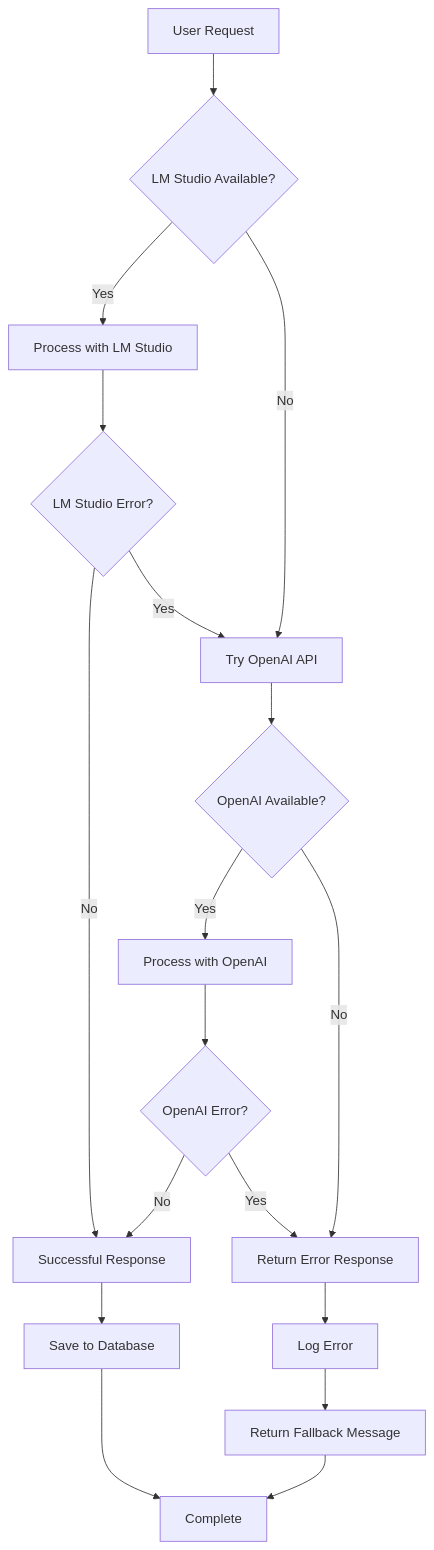
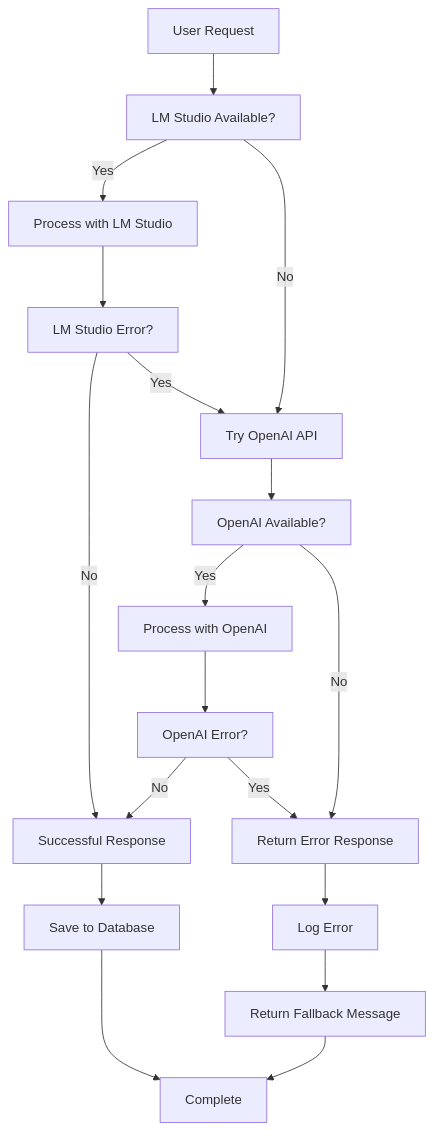
One commit to tcc3281/tcc_log changed diagram 14 of 15 in docs/business-analysis/ai-chatbot-comprehensive.md. Above: the diagram before and after it, drawn with Mermaid. The commit also changed other lines of this file and 9 other files, not shown here.

````diff
--- a/docs/business-analysis/ai-chatbot-comprehensive.md
+++ b/docs/business-analysis/ai-chatbot-comprehensive.md
@@ -643,26 +643,26 @@
 ```mermaid
 flowchart TD
-    Request["User Request"] --> LMStudio{LM Studio Available?}
+    Request["User Request"] --> LMStudio["LM Studio Available?"]
     
     LMStudio -->|Yes| ProcessLM["Process with LM Studio"]
     LMStudio -->|No| TryOpenAI["Try OpenAI API"]
     
-    ProcessLM --> LMError{LM Studio Error?}
+    ProcessLM --> LMError["LM Studio Error?"]
     LMError -->|No| Success["Successful Response"]
     LMError -->|Yes| TryOpenAI
     
-    TryOpenAI --> OpenAICheck{OpenAI Available?}
+    TryOpenAI --> OpenAICheck["OpenAI Available?"]
     OpenAICheck -->|Yes| ProcessOpenAI["Process with OpenAI"]
     OpenAICheck -->|No| ErrorResponse["Return Error Response"]
     
-    ProcessOpenAI --> OpenAIError{OpenAI Error?}
+    ProcessOpenAI --> OpenAIError["OpenAI Error?"]
     OpenAIError -->|No| Success
     OpenAIError -->|Yes| ErrorResponse
     
     Success --> SaveDB["Save to Database"]
     SaveDB --> End["Complete"]
     
     ErrorResponse --> LogError["Log Error"]
     LogError --> FallbackMessage["Return Fallback Message"]
     FallbackMessage --> End
 ```
````
